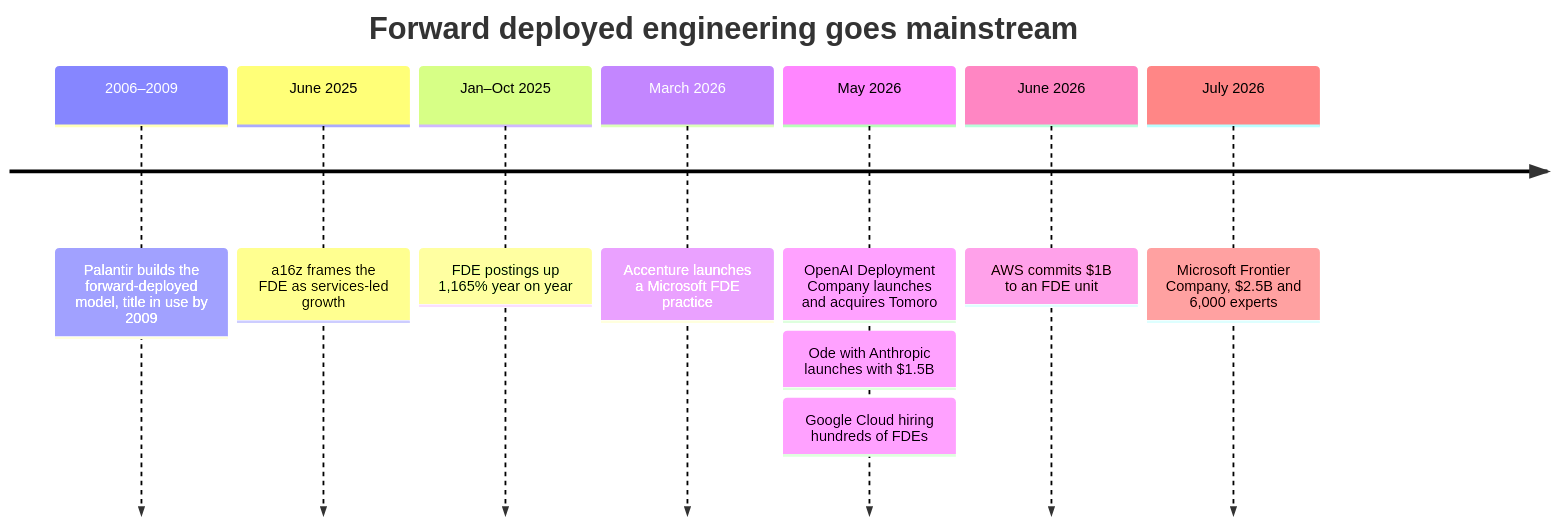
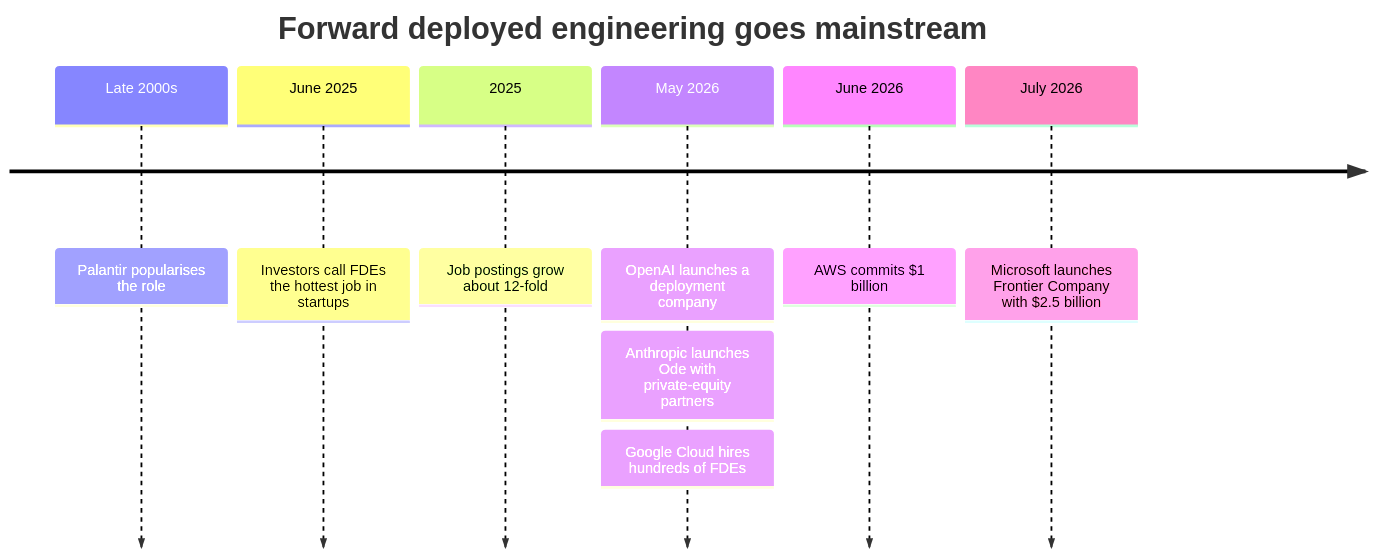
One commit to mjtpena/awesome-microsoft-fde changed the third of 10 diagrams in README.md. Above: the diagram before and after it, drawn with Mermaid. The commit also changed other lines of this file and 5 other files, not shown here.

````diff
--- a/README.md
+++ b/README.md
@@ -94,11 +94,10 @@
 ```mermaid
 timeline
     title Forward deployed engineering goes mainstream
-    2006–2009 : Palantir builds the forward-deployed model, title in use by 2009
-    June 2025 : a16z frames the FDE as services-led growth
-    Jan–Oct 2025 : FDE postings up 1,165% year on year
-    March 2026 : Accenture launches a Microsoft FDE practice
-    May 2026 : OpenAI Deployment Company launches and acquires Tomoro : Ode with Anthropic launches with $1.5B : Google Cloud hiring hundreds of FDEs
-    June 2026 : AWS commits $1B to an FDE unit
-    July 2026 : Microsoft Frontier Company, $2.5B and 6,000 experts
+    Late 2000s : Palantir popularises the role
+    June 2025 : Investors call FDEs the hottest job in startups
+    2025 : Job postings grow about 12-fold
+    May 2026 : OpenAI launches a deployment company : Anthropic launches Ode with private-equity partners : Google Cloud hires hundreds of FDEs
+    June 2026 : AWS commits $1 billion
+    July 2026 : Microsoft launches Frontier Company with $2.5 billion
 ```
````
